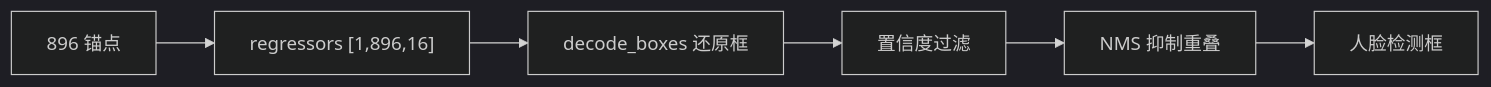
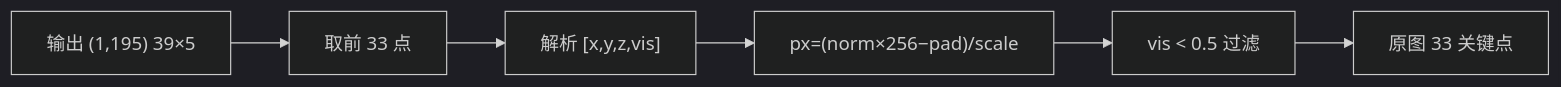
The fourth of 8 diagrams in courses/sheet1/robot_vision/_parts/experiment-9.md (aibittek/course_generate_agent), drawn with Mermaid (dark theme) before and after one commit. The commit also changed other lines of this file and 98 other files, not shown here.

````diff
--- a/courses/sheet1/robot_vision/_parts/experiment-9.md
+++ b/courses/sheet1/robot_vision/_parts/experiment-9.md
@@ -264,8 +263,8 @@
 ```mermaid
 graph LR
-    A[896 锚点] --> B["regressors [1,896,16]"]
-    B --> C[decode_boxes 还原框]
-    C --> D[置信度过滤]
-    D --> E[NMS 抑制重叠]
-    E --> F[人脸检测框]
+    A["输出 (1,195) 39×5"] --> B[取前 33 点]
+    B --> C["解析 [x,y,z,vis]"]
+    C --> D["px=(norm×256−pad)/scale"]
+    D --> E["vis < 0.5 过滤"]
+    E --> F[原图 33 关键点]
 ```
````
